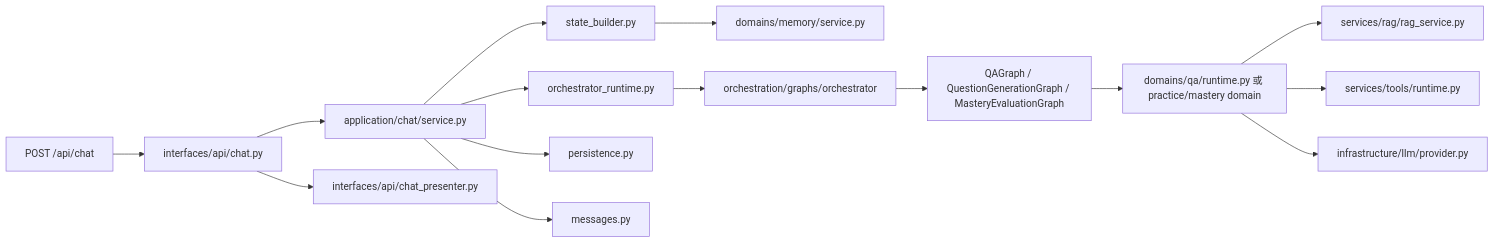
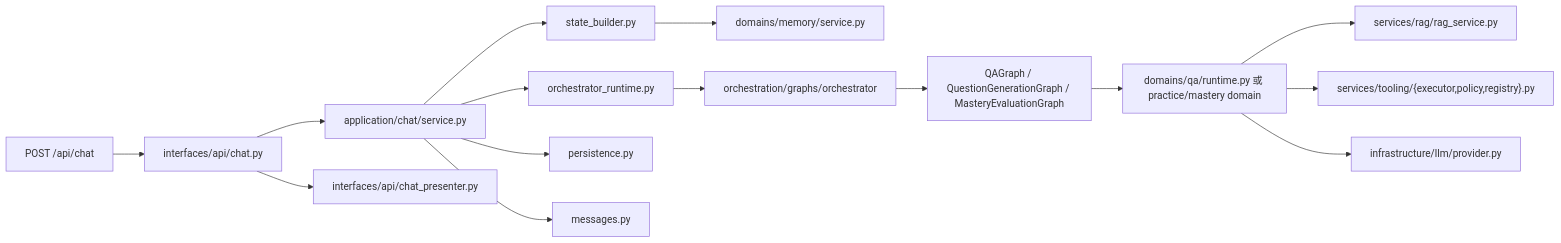
Before and after one commit to Xiaomuw/Learning-assistant: the second of 3 diagrams in docs/backend-maintenance-guide.md, drawn with Mermaid. The commit also changed other lines of this file and 94 other files, not shown here.

Commit message:
feat: sync graph practice auth and weapp updates

````diff
--- a/docs/backend-maintenance-guide.md
+++ b/docs/backend-maintenance-guide.md
@@ -200,17 +201,17 @@
 ```mermaid
 flowchart LR
     A["POST /api/chat"] --> B["interfaces/api/chat.py"]
     B --> C["application/chat/service.py"]
     B --> P["interfaces/api/chat_presenter.py"]
     C --> C1["state_builder.py"]
     C --> C2["orchestrator_runtime.py"]
     C --> C3["persistence.py"]
     C --> C4["messages.py"]
     C1 --> D["domains/memory/service.py"]
     C2 --> E["orchestration/graphs/orchestrator"]
     E --> H["QAGraph / QuestionGenerationGraph / MasteryEvaluationGraph"]
     H --> I["domains/qa/runtime.py 或 practice/mastery domain"]
     I --> J["services/rag/rag_service.py"]
-    I --> K["services/tools/runtime.py"]
+    I --> K["services/tooling/{executor,policy,registry}.py"]
     I --> L["infrastructure/llm/provider.py"]
 ```
````
